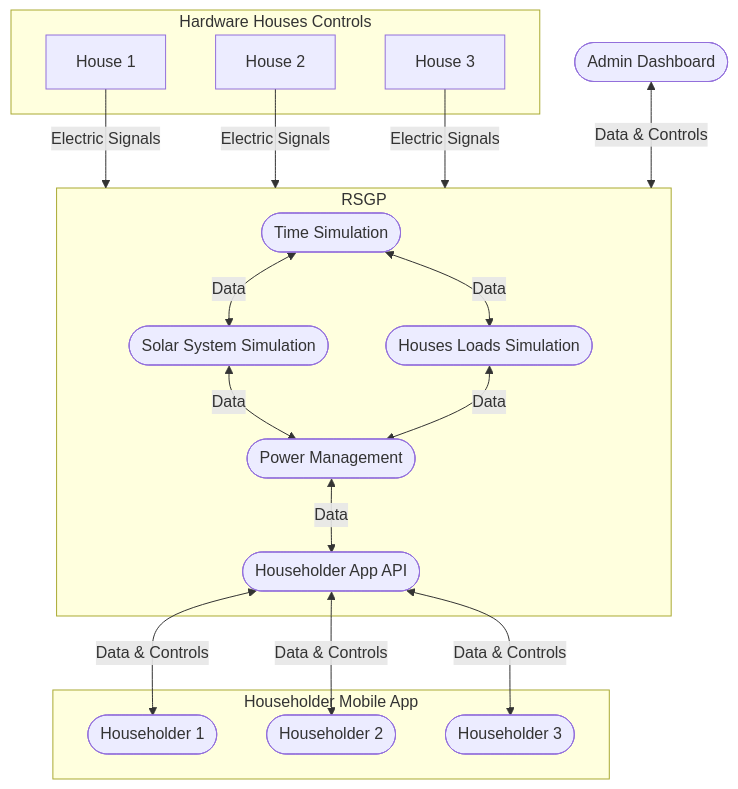
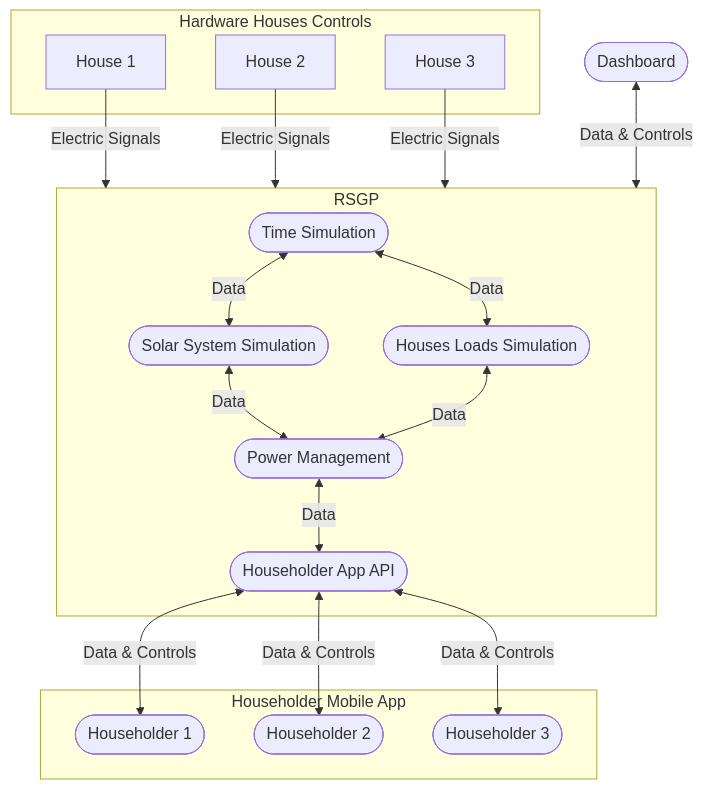
One commit to ezAldinWaez/residential-smart-grid-prototype changed the diagram in graphs/rsg_prototype_system_graph.mermaid. Above: the diagram before and after it, drawn with Mermaid. The commit also changed 5 other files, not shown here.

Commit message:
rename admin_dashboard into dashboard

```diff
--- a/graphs/rsg_prototype_system_graph.mermaid
+++ b/graphs/rsg_prototype_system_graph.mermaid
@@ -1,28 +1,28 @@
 graph TB
 
   subgraph HHC[Hardware Houses Controls]
     HHC_H1[House 1]
     HHC_H2[House 2]
     HHC_H3[House 3]
   end
 
   subgraph RSGP[RSGP]
     RSGP_TS([Time Simulation])
     RSGP_SSS([Solar System Simulation])
     RSGP_HLS([Houses Loads Simulation])
     RSGP_PM([Power Management])
     RSGP_HAA([Householder App API])
   end
 
   subgraph HMA[Householder Mobile App]
     HMA_H1([Householder 1])
     HMA_H2([Householder 2])
     HMA_H3([Householder 3])
   end
 
-  AD([Admin Dashboard])
+  D([Dashboard])
 
   HHC_H1 & HHC_H2 & HHC_H3 --Electric Signals--> RSGP
-  AD <--Data & Controls--> RSGP
+  D <--Data & Controls--> RSGP
   RSGP_TS <--Data--> RSGP_SSS & RSGP_HLS <--Data--> RSGP_PM <--Data--> RSGP_HAA
   RSGP_HAA <--Data & Controls--> HMA_H1 & HMA_H2 & HMA_H3
```
